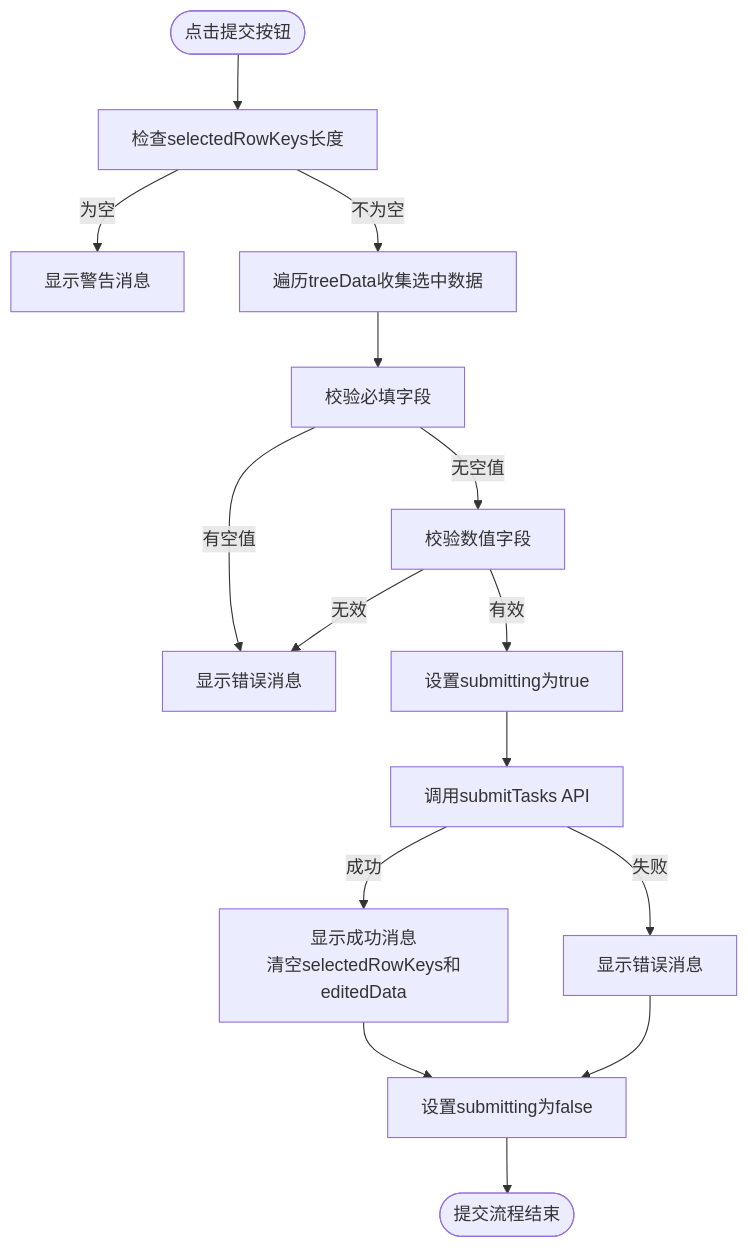
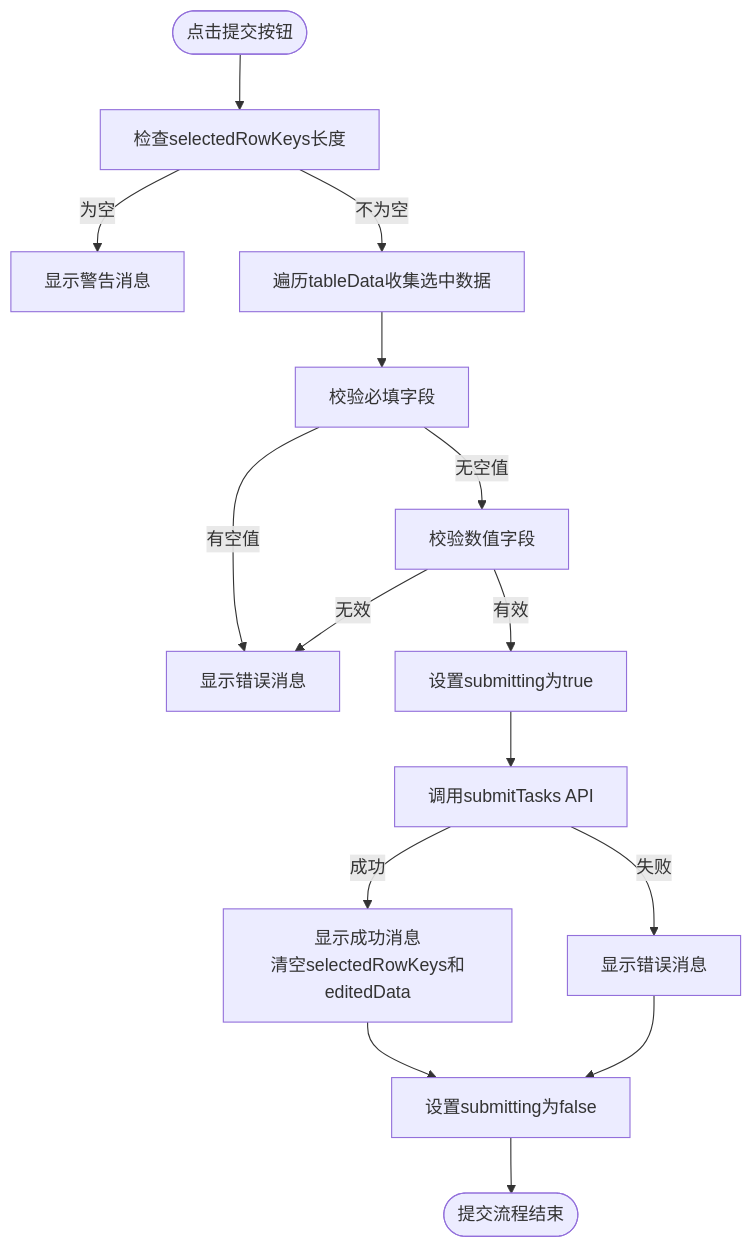
The fifth of 7 diagrams in .qoder/repowiki/zh/content/项目目录结构/前端目录结构/批量选择页面组件.md (jokercc25/project_test), drawn with Mermaid before and after one commit. The commit also changed other lines of this file and 1 other file, not shown here.

````diff
--- a/.qoder/repowiki/zh/content/项目目录结构/前端目录结构/批量选择页面组件.md
+++ b/.qoder/repowiki/zh/content/项目目录结构/前端目录结构/批量选择页面组件.md
@@ -216,17 +230,17 @@
 ```mermaid
 flowchart TD
 Start([点击提交按钮]) --> CheckSelection["检查selectedRowKeys长度"]
 CheckSelection --> |为空| ShowWarning["显示警告消息"]
-CheckSelection --> |不为空| CollectData["遍历treeData收集选中数据"]
+CheckSelection --> |不为空| CollectData["遍历tableData收集选中数据"]
 CollectData --> ValidateData["校验必填字段"]
 ValidateData --> |有空值| ShowError["显示错误消息"]
 ValidateData --> |无空值| ValidateNumbers["校验数值字段"]
 ValidateNumbers --> |无效| ShowError
 ValidateNumbers --> |有效| SetSubmitting["设置submitting为true"]
 SetSubmitting --> CallAPI["调用submitTasks API"]
 CallAPI --> |成功| HandleSuccess["显示成功消息<br>清空selectedRowKeys和editedData"]
 CallAPI --> |失败| HandleError["显示错误消息"]
 HandleSuccess --> ResetSubmitting["设置submitting为false"]
 HandleError --> ResetSubmitting
 ResetSubmitting --> End([提交流程结束])
 ```
````
